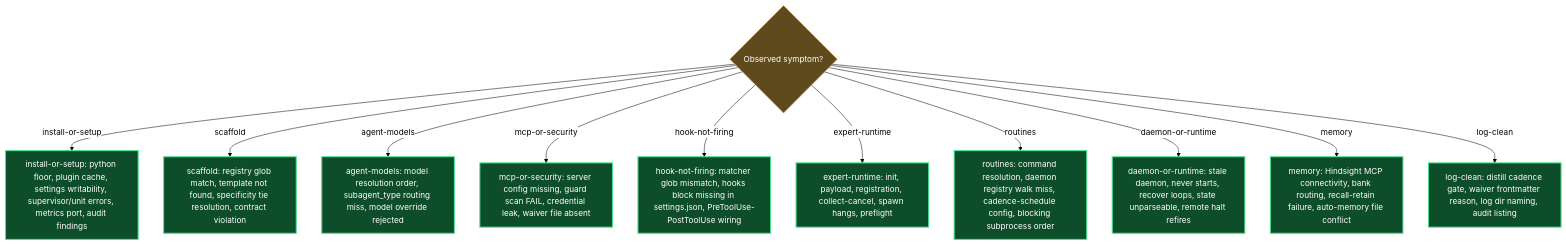
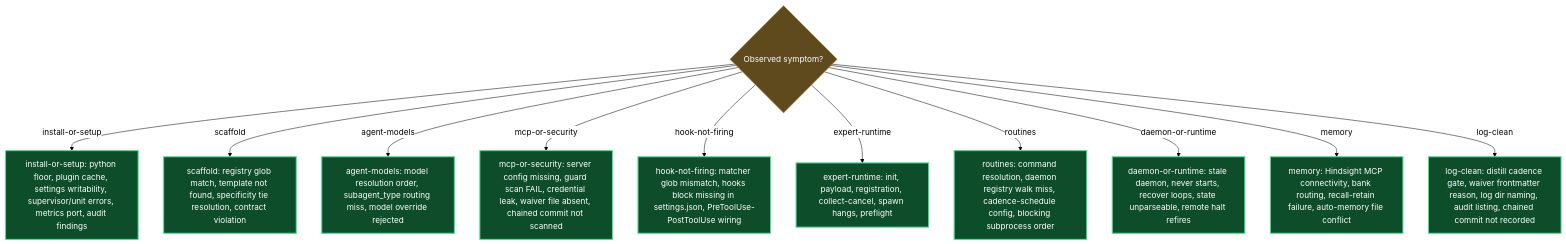
The diagram in claude/lazycortex-core/help/troubleshooting.md (mebius-san/lazy-cortex), drawn with Mermaid before and after one commit. The commit also changed other lines of this file and 34 other files, not shown here.

````diff
--- a/claude/lazycortex-core/help/troubleshooting.md
+++ b/claude/lazycortex-core/help/troubleshooting.md
@@ -717,42 +739,42 @@
 ```mermaid
 %%{init: {'themeVariables':{'lineColor':'#000','textColor':'#000','edgeLabelBackground':'#fff'},'themeCSS':'.edgeLabel{background-color:transparent!important}.edgeLabel p{background-color:transparent!important}','flowchart':{'diagramPadding':5,'useMaxWidth':true}}}%%
 flowchart TD
   observedSymptom{Observed symptom?}
 
   installOrSetup[install-or-setup: python floor, plugin cache, settings writability, supervisor/unit errors, metrics port, audit findings]
   scaffold[scaffold: registry glob match, template not found, specificity tie resolution, contract violation]
   agentModels[agent-models: model resolution order, subagent_type routing miss, model override rejected]
-  mcpOrSecurity[mcp-or-security: server config missing, guard scan FAIL, credential leak, waiver file absent]
+  mcpOrSecurity[mcp-or-security: server config missing, guard scan FAIL, credential leak, waiver file absent, chained commit not scanned]
   hookNotFiring[hook-not-firing: matcher glob mismatch, hooks block missing in settings.json, PreToolUse-PostToolUse wiring]
   expertRuntime[expert-runtime: init, payload, registration, collect-cancel, spawn hangs, preflight]
   routines[routines: command resolution, daemon registry walk miss, cadence-schedule config, blocking subprocess order]
   daemonOrRuntime[daemon-or-runtime: stale daemon, never starts, recover loops, state unparseable, remote halt refires]
   memory[memory: Hindsight MCP connectivity, bank routing, recall-retain failure, auto-memory file conflict]
-  logClean[log-clean: distill cadence gate, waiver frontmatter reason, log dir naming, audit listing]
+  logClean[log-clean: distill cadence gate, waiver frontmatter reason, log dir naming, audit listing, chained commit not recorded]
 
   observedSymptom -->|install-or-setup| installOrSetup
   observedSymptom -->|scaffold| scaffold
   observedSymptom -->|agent-models| agentModels
   observedSymptom -->|mcp-or-security| mcpOrSecurity
   observedSymptom -->|hook-not-firing| hookNotFiring
   observedSymptom -->|expert-runtime| expertRuntime
   observedSymptom -->|routines| routines
   observedSymptom -->|daemon-or-runtime| daemonOrRuntime
   observedSymptom -->|memory| memory
   observedSymptom -->|log-clean| logClean
 
   classDef guard fill:#5f4a1e,stroke:#e2a14a,color:#fff
   classDef success fill:#0d4d2a,stroke:#4ae290,color:#fff,stroke-width:2px
 
   class observedSymptom guard
   class installOrSetup success
   class scaffold success
   class agentModels success
   class mcpOrSecurity success
   class hookNotFiring success
   class expertRuntime success
   class routines success
   class daemonOrRuntime success
   class memory success
   class logClean success
 ```
````
